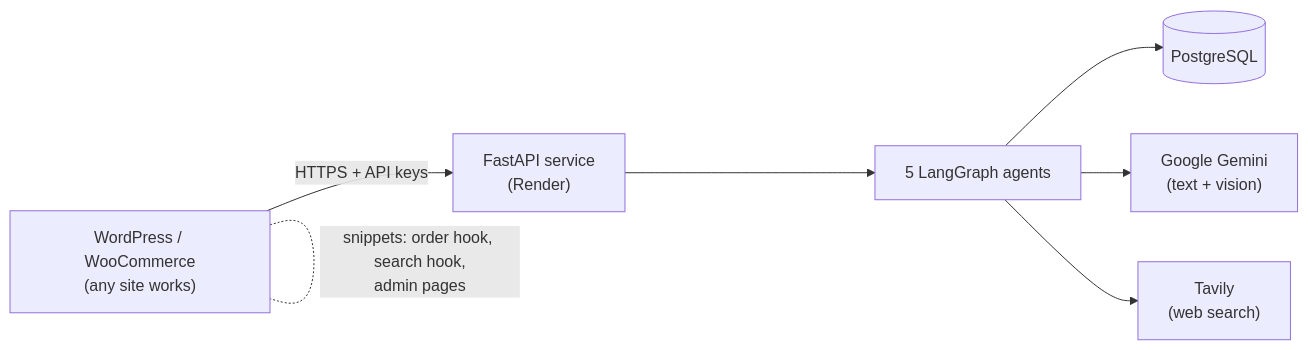
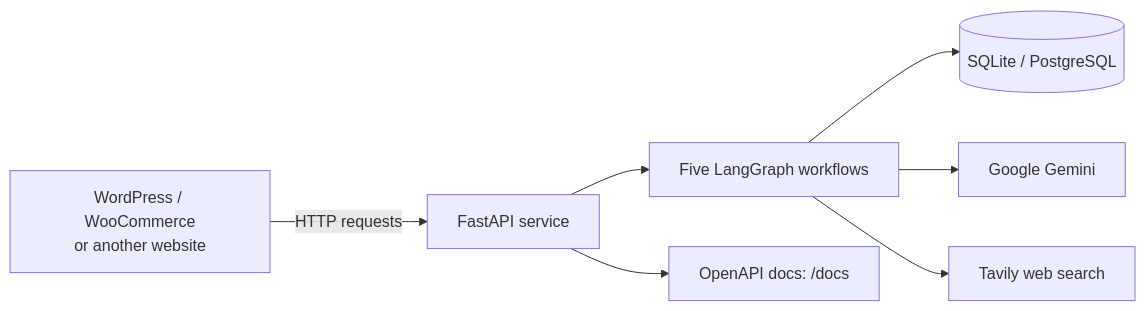
The diagram in README.md (Raheel32/DSSite_Agents), drawn with Mermaid before and after one commit. The commit also changed other lines of this file, not shown here.

````diff
--- a/README.md
+++ b/README.md
@@ -50,9 +52,9 @@
 ```mermaid
 flowchart LR
-    S["WordPress / WooCommerce<br/>(any site works)"] -- "HTTPS + API keys" --> API["FastAPI service<br/>(Render)"]
-    API --> G["5 LangGraph agents"]
-    G --> DB[("PostgreSQL")]
-    G --> LLM["Google Gemini<br/>(text + vision)"]
-    G --> T["Tavily<br/>(web search)"]
-    S -. "snippets: order hook, search hook,<br/>admin pages" .- S
+    Store["WordPress / WooCommerce<br/>or another website"] -->|"HTTP requests"| API["FastAPI service"]
+    API --> Agents["Five LangGraph workflows"]
+    Agents --> DB[("SQLite / PostgreSQL")]
+    Agents --> Gemini["Google Gemini"]
+    Agents --> Tavily["Tavily web search"]
+    API --> Docs["OpenAPI docs: /docs"]
 ```
````
